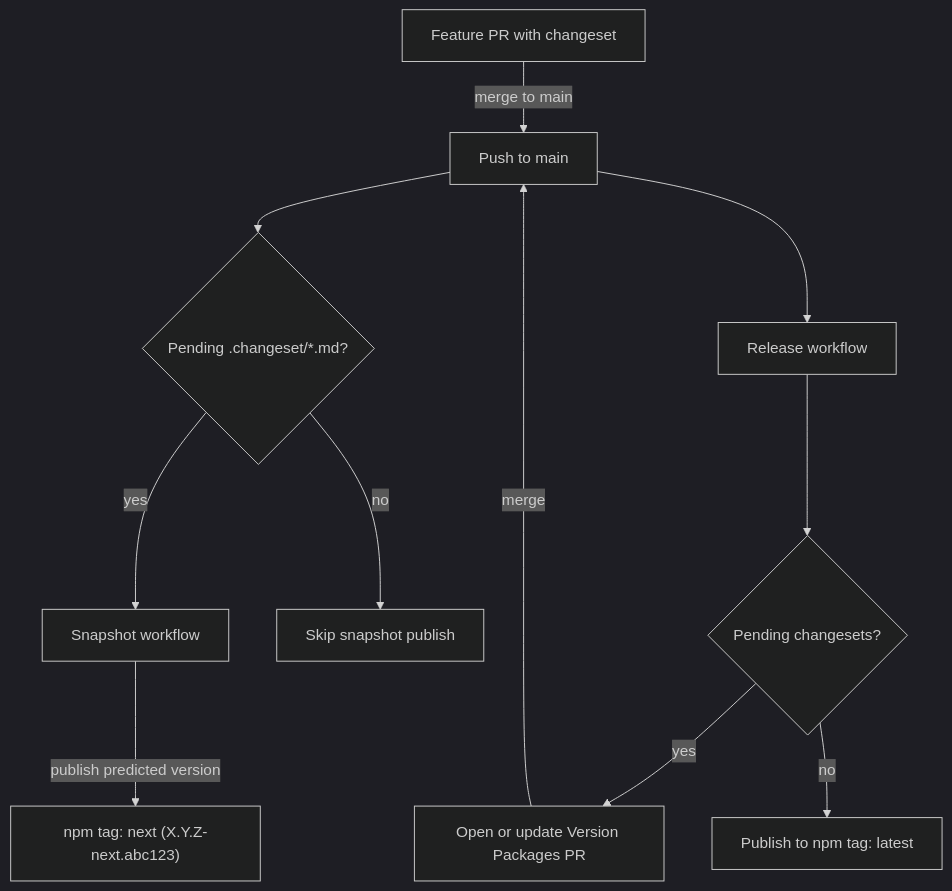
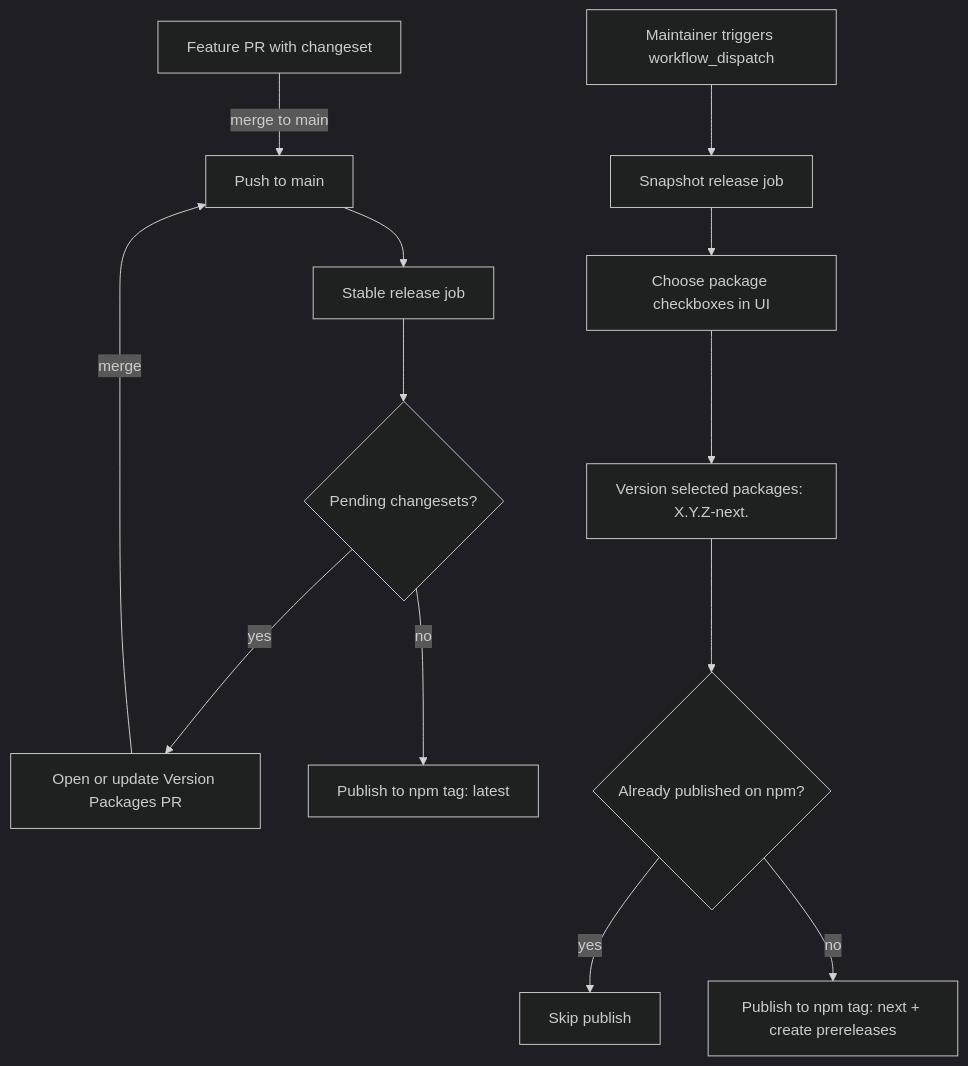
The diagram in CONTRIBUTING.md (arsnl/draft0), drawn with Mermaid (dark theme) before and after one commit. The commit also changed other lines of this file and 11 other files, not shown here.

First line of the commit message:
chore(ci): unify publish workflow and move snapshot prep to TypeScript script (#4)

````diff
--- a/CONTRIBUTING.md
+++ b/CONTRIBUTING.md
@@ -155,13 +155,16 @@
 ```mermaid
 flowchart TD
   featurePr[Feature PR with changeset] -->|merge to main| mainPush[Push to main]
-  mainPush --> snapshotCheck{Pending .changeset/*.md?}
-  snapshotCheck -->|yes| snapshotWorkflow[Snapshot workflow]
-  snapshotWorkflow -->|publish predicted version| npmNext["npm tag: next (X.Y.Z-next.abc123)"]
-  snapshotCheck -->|no| skipSnapshot[Skip snapshot publish]
-  mainPush --> releaseWorkflow[Release workflow]
-  releaseWorkflow --> changesetCheck{Pending changesets?}
+  mainPush --> stableWorkflow[Stable release job]
+  stableWorkflow --> changesetCheck{Pending changesets?}
   changesetCheck -->|yes| versionPr["Open or update Version Packages PR"]
   changesetCheck -->|no| stablePublish["Publish to npm tag: latest"]
   versionPr -->|merge| mainPush
+
+  admin[Maintainer triggers workflow_dispatch] --> snapshotWorkflow[Snapshot release job]
+  snapshotWorkflow --> select[Choose package checkboxes in UI]
+  select --> versionSnap["Version selected packages: X.Y.Z-next.<sha7>"]
+  versionSnap --> skipCheck{Already published on npm?}
+  skipCheck -->|yes| done[Skip publish]
+  skipCheck -->|no| nextPublish["Publish to npm tag: next + create prereleases"]
 ```
````
